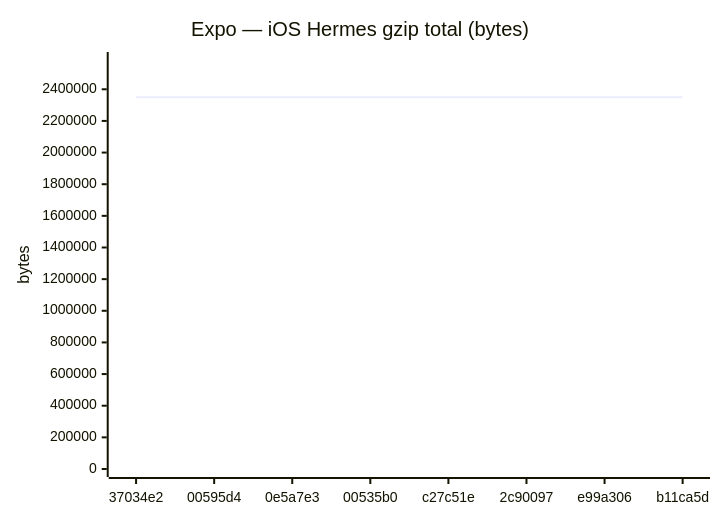
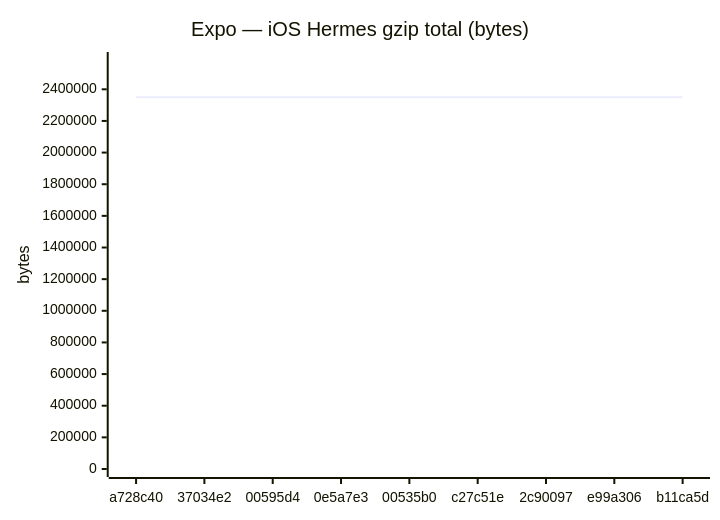
One commit to Metaheurist/Rianell changed the eighth of 24 diagrams in benchmarks/compare.md. Above: the diagram before and after it, drawn with Mermaid. The commit also changed other lines of this file and 12 other files, not shown here.

````diff
--- a/benchmarks/compare.md
+++ b/benchmarks/compare.md
@@ -115,7 +119,7 @@
 ```mermaid
 xychart-beta
     title "Expo — iOS Hermes gzip total (bytes)"
-    x-axis ["37034e2", "00595d4", "0e5a7e3", "00535b0", "c27c51e", "2c90097", "e99a306", "b11ca5d"]
-    y-axis "bytes" 0 --> 2585051
-    line [2350043, 2350046, 2350041, 2349868, 2349864, 2349868, 2349869, 2349865]
+    x-axis ["a728c40", "37034e2", "00595d4", "0e5a7e3", "00535b0", "c27c51e", "2c90097", "e99a306", "b11ca5d"]
+    y-axis "bytes" 0 --> 2585193
+    line [2350175, 2350043, 2350046, 2350041, 2349868, 2349864, 2349868, 2349869, 2349865]
 ```
````
